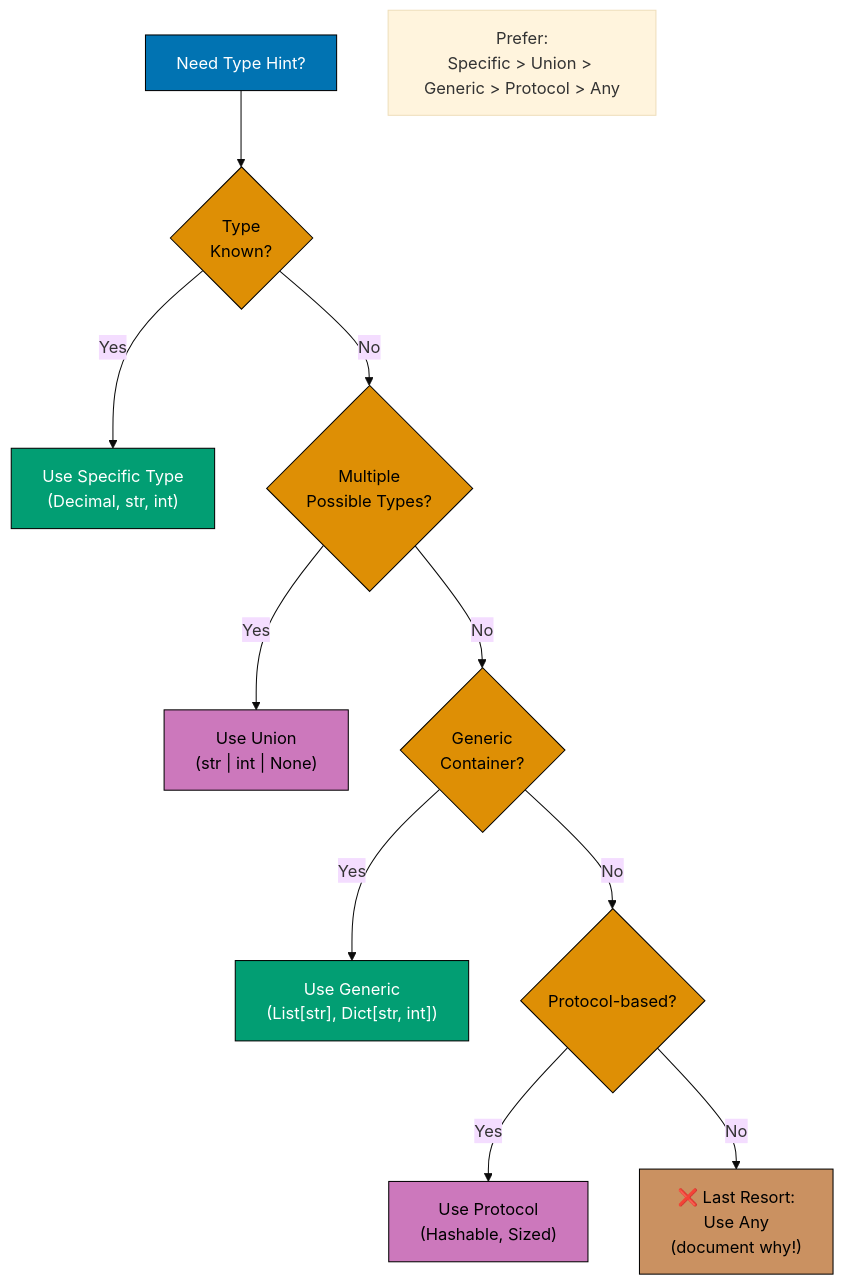
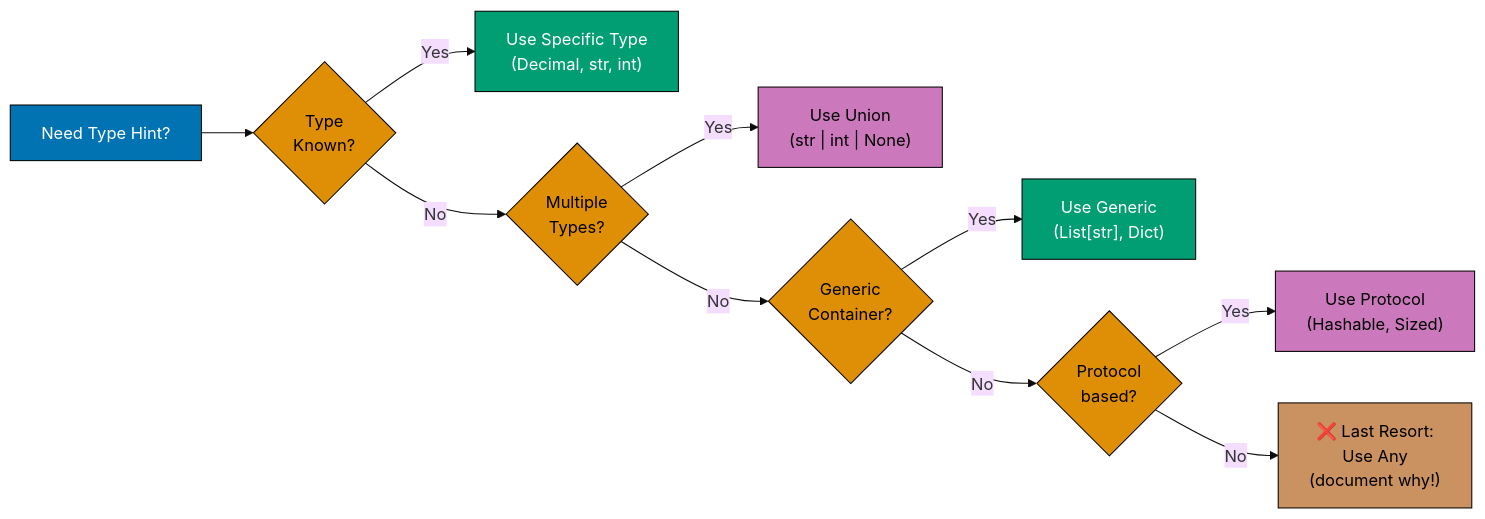
One commit to wahidyankf/open-sharia-enterprise changed the fifth of 6 diagrams in docs/explanation/software-engineering/programming-languages/python/anti-patterns.md. Above: the diagram before and after it, drawn with Mermaid (base theme). The commit also changed other lines of this file and 12 other files, not shown here.

First line of the commit message:
fix(docs): fix mermaid violations in python docs

````diff
--- a/docs/explanation/software-engineering/programming-languages/python/anti-patterns.md
+++ b/docs/explanation/software-engineering/programming-languages/python/anti-patterns.md
@@ -1631,27 +1612,25 @@
 ```mermaid
 %% Color Palette: Blue #0173B2, Orange #DE8F05, Teal #029E73, Purple #CC78BC
 %% All colors are color-blind friendly and meet WCAG AA contrast standards
 
-graph TD
+graph LR
     A["Need Type Hint?"]:::blue --> B{"Type<br/>Known?"}:::orange
 
     B -->|"Yes"| C["Use Specific Type<br/>(Decimal, str, int)"]:::teal
-    B -->|"No"| D{"Multiple<br/>Possible Types?"}:::orange
+    B -->|"No"| D{"Multiple<br/>Types?"}:::orange
 
     D -->|"Yes"| E["Use Union<br/>(str | int | None)"]:::purple
     D -->|"No"| F{"Generic<br/>Container?"}:::orange
 
-    F -->|"Yes"| G["Use Generic<br/>(List[str], Dict[str, int])"]:::teal
-    F -->|"No"| H{"Protocol-based?"}:::orange
+    F -->|"Yes"| G["Use Generic<br/>(List[str], Dict)"]:::teal
+    F -->|"No"| H{"Protocol<br/>based?"}:::orange
 
     H -->|"Yes"| I["Use Protocol<br/>(Hashable, Sized)"]:::purple
     H -->|"No"| J["❌ Last Resort:<br/>Use Any<br/>(document why!)"]:::brown
-
-    Note["Prefer:<br/>Specific > Union > Generic > Protocol > Any"]
 
     classDef blue fill:#0173B2,stroke:#000,color:#fff
     classDef orange fill:#DE8F05,stroke:#000,color:#000
     classDef teal fill:#029E73,stroke:#000,color:#fff
     classDef purple fill:#CC78BC,stroke:#000,color:#000
     classDef brown fill:#CA9161,stroke:#000,color:#000
 ```
````
